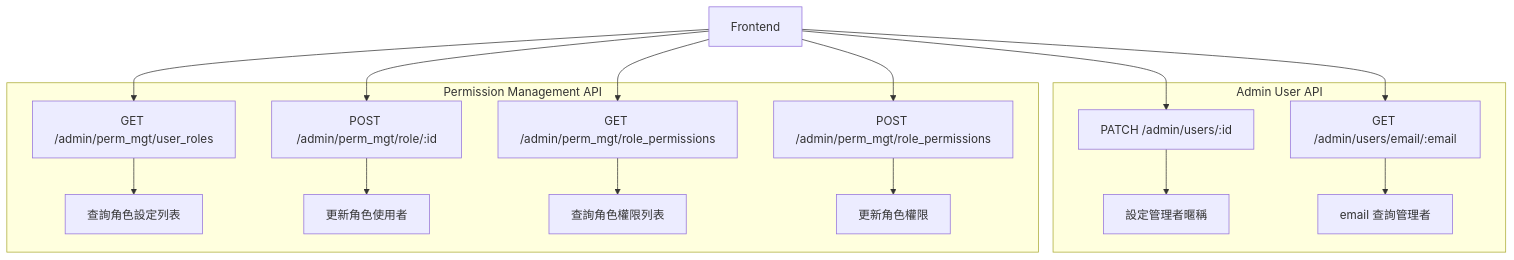
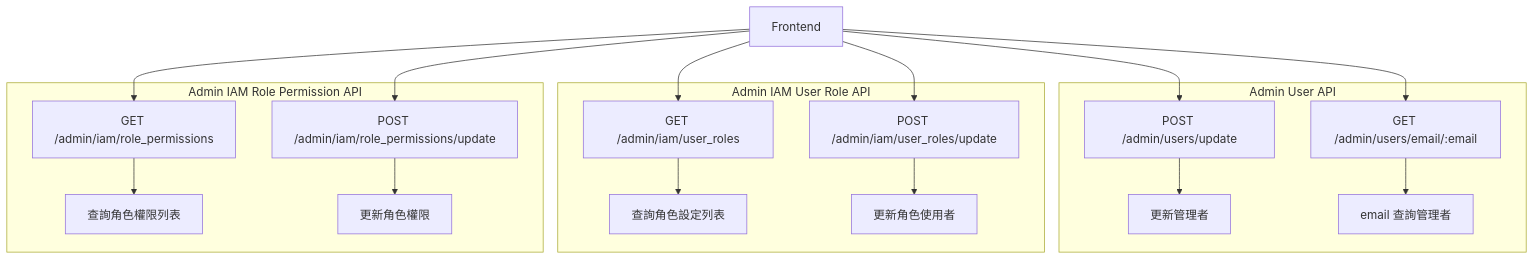
The first of 2 diagrams in api/design/permission_management/README.md (harry-tsai/notebook), drawn with Mermaid before and after one commit. The commit also changed other lines of this file and 1 other file, not shown here.

Commit message:
更新 API 文檔，調整管理者和角色權限相關的端點，將 PATCH 方法改為 POST，並修正請求體格式

````diff
--- a/api/design/permission_management/README.md
+++ b/api/design/permission_management/README.md
@@ -9,24 +9,27 @@
 ```mermaid
 graph TD
     A[Frontend]
     subgraph Admin User API
-        B[PATCH /admin/users/:id] --> C[設定管理者暱稱]
-        D[GET /admin/users/email/:email] --> E[email 查詢管理者]
+        BA[POST /admin/users/update] --> BB[更新管理者]
+        BG[GET /admin/users/email/:email] --> BH[email 查詢管理者]
     end
 
-    A --> B
-    A --> D
+    A --> BA
+    A --> BG
 
-    subgraph Permission Management API
-        F[GET /admin/perm_mgt/user_roles] --> G[查詢角色設定列表]
-        H[POST /admin/perm_mgt/role/:id] --> I[更新角色使用者]
-
-        J[GET /admin/perm_mgt/role_permissions] --> K[查詢角色權限列表]
-        L[POST /admin/perm_mgt/role_permissions] --> M[更新角色權限]
+    subgraph Admin IAM User Role API
+        CA[GET /admin/iam/user_roles] --> CB[查詢角色設定列表]
+        CC[POST /admin/iam/user_roles/update] --> CD[更新角色使用者]
     end
 
-    A --> F
-    A --> H
-    A --> J
-    A --> L
+    A --> CA
+    A --> CC
+
+    subgraph Admin IAM Role Permission API
+        DA[GET /admin/iam/role_permissions] --> DB[查詢角色權限列表]
+        DC[POST /admin/iam/role_permissions/update] --> DD[更新角色權限]
+    end
+
+    A --> DA
+    A --> DC
 ```
````
